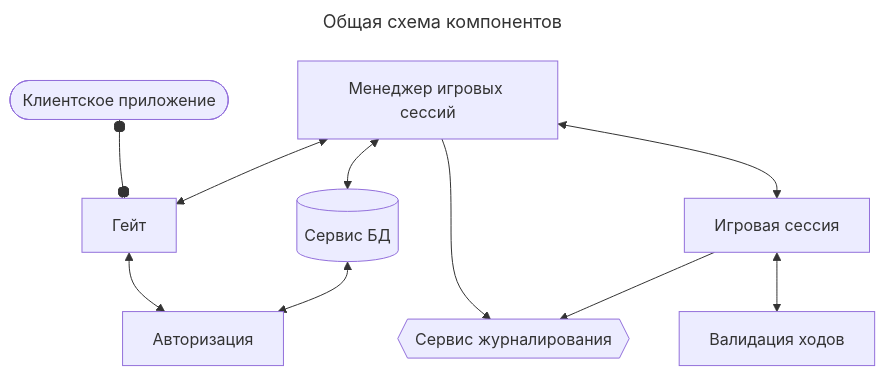
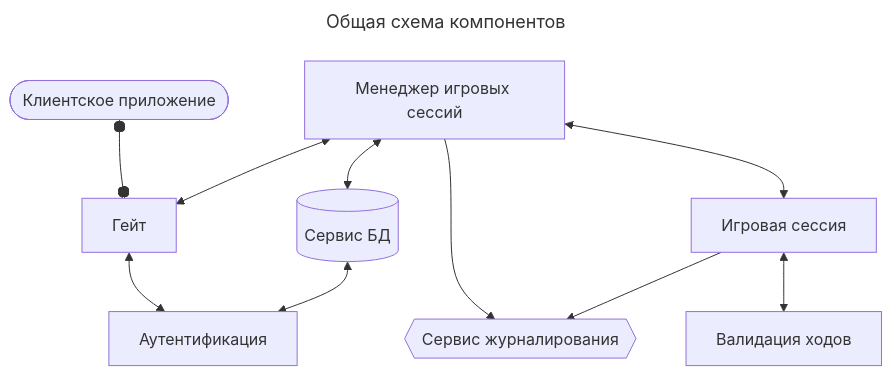
The diagram in docs/arch.md (sadmadrus/chessBox), drawn with Mermaid before and after one commit. The commit also changed other lines of this file, not shown here.

````diff
--- a/docs/arch.md
+++ b/docs/arch.md
@@ -5,20 +5,20 @@
 ```mermaid
 ---
 title: Общая схема компонентов
 ---
 flowchart TD
     Client([Клиентское приложение])
     Gate[Гейт]
-    Auth[Авторизация]
+    Auth[Аутентификация]
     GS[Менеджер игровых сессий]
     DB[(Сервис БД)]
     Logs{{Сервис журналирования}}
     Game[Игровая сессия]
     MoveValidator[Валидация ходов]
     Client o--o Gate <--> Auth 
     GS <--> Gate
     GS <--> DB <--> Auth
     GS --> Logs
     Game --> Logs
     GS <--> Game <--> MoveValidator
 ```
````
